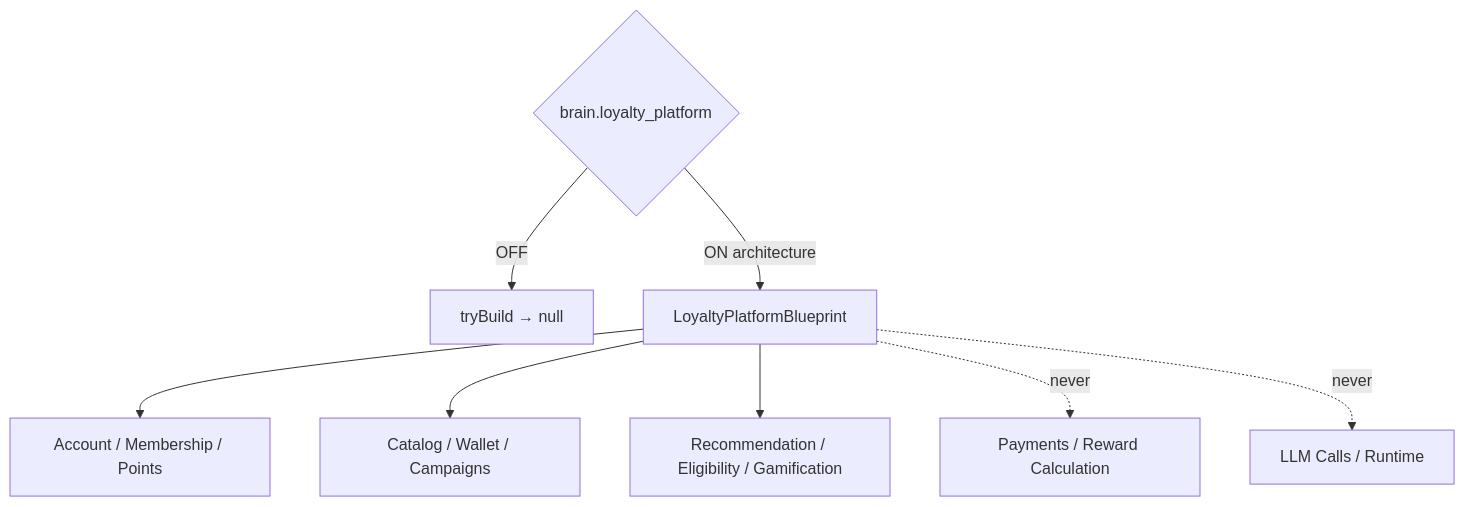
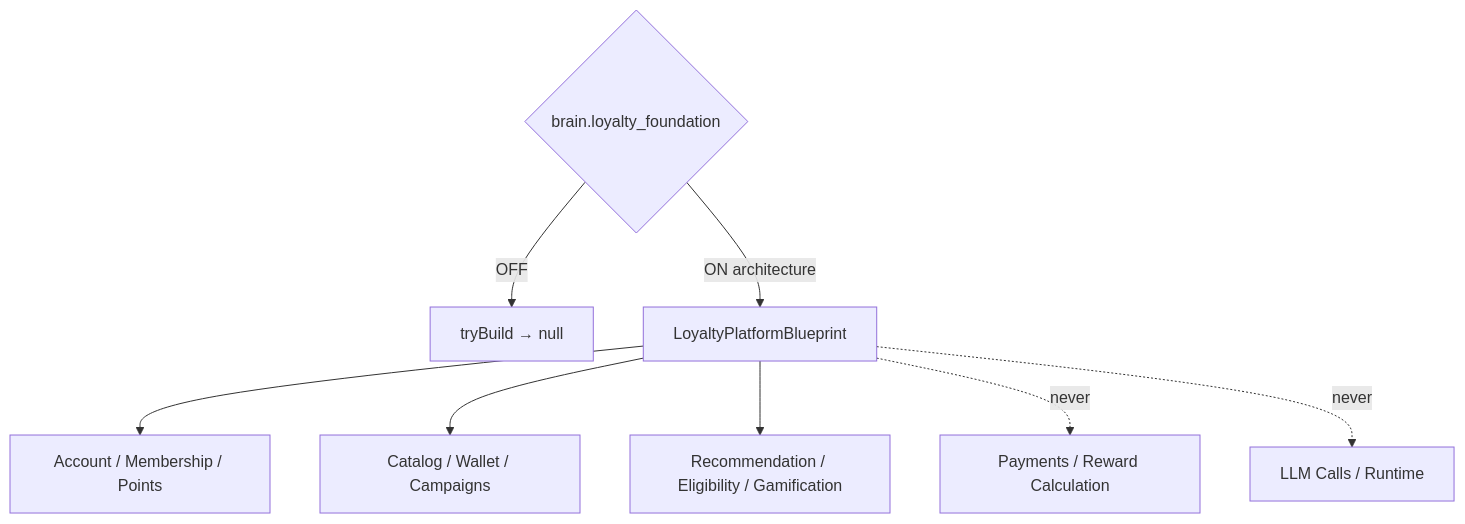
The diagram in AI_LOYALTY_PLATFORM.md (SamiAlamoudi/rahhal-ai-platform), drawn with Mermaid before and after one commit. The commit also changed other lines of this file and 9 other files, not shown here.

First line of the commit message:
fix(ai): use brain.loyalty_foundation for Phase 7 Stage 2

````diff
--- a/AI_LOYALTY_PLATFORM.md
+++ b/AI_LOYALTY_PLATFORM.md
@@ -22,11 +23,11 @@
 ```mermaid
 flowchart TD
-  Flag{brain.loyalty_platform}
+  Flag{brain.loyalty_foundation}
   Flag -->|OFF| Null[tryBuild → null]
   Flag -->|ON architecture| BP[LoyaltyPlatformBlueprint]
   BP --> Core[Account / Membership / Points]
   BP --> Rewards[Catalog / Wallet / Campaigns]
   BP --> AI[Recommendation / Eligibility / Gamification]
   BP -.->|never| Pay[Payments / Reward Calculation]
   BP -.->|never| LLM[LLM Calls / Runtime]
 ```
````
